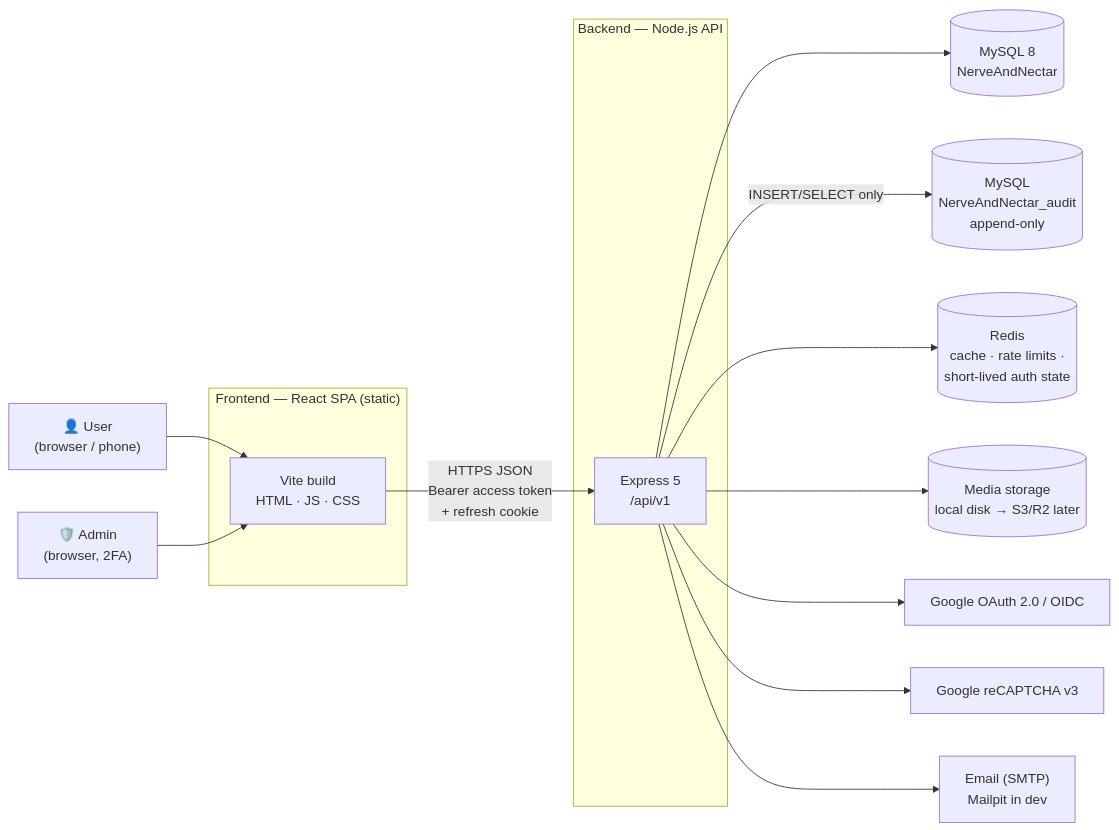
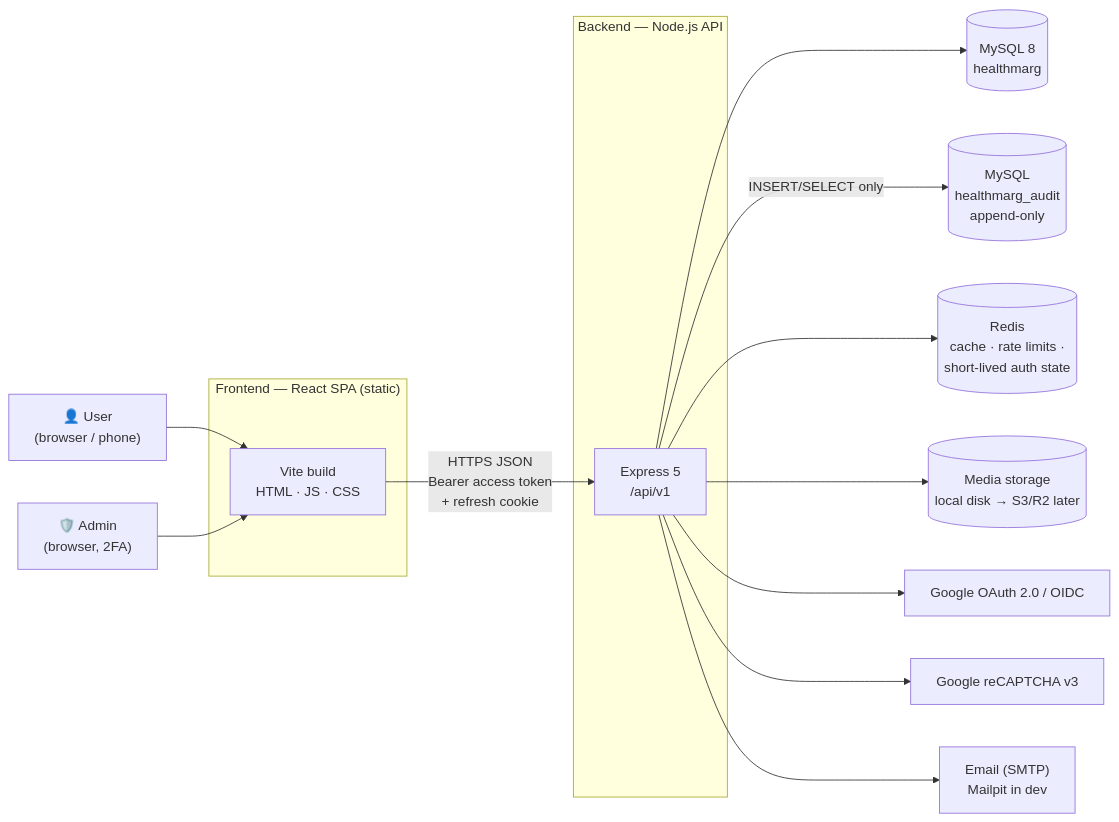
Before and after one commit to Suryansh2602/YogicBlogs: the first of 10 diagrams in docs/architecture.md, drawn with Mermaid. The commit also changed other lines of this file and 29 other files, not shown here.

````diff
--- a/docs/architecture.md
+++ b/docs/architecture.md
@@ -26,33 +26,33 @@
 ```mermaid
 flowchart LR
     U["👤 User<br/>(browser / phone)"]
     A["🛡️ Admin<br/>(browser, 2FA)"]
 
     subgraph Client["Frontend — React SPA (static)"]
       FE["Vite build<br/>HTML · JS · CSS"]
     end
 
     subgraph Server["Backend — Node.js API"]
       API["Express 5<br/>/api/v1"]
     end
 
-    DB[("MySQL 8<br/>NerveAndNectar")]
-    AUD[("MySQL<br/>NerveAndNectar_audit<br/>append-only")]
+    DB[("MySQL 8<br/>healthmarg")]
+    AUD[("MySQL<br/>healthmarg_audit<br/>append-only")]
     R[("Redis<br/>cache · rate limits ·<br/>short-lived auth state")]
     FS[("Media storage<br/>local disk → S3/R2 later")]
 
     G["Google OAuth 2.0 / OIDC"]
     RC["Google reCAPTCHA v3"]
     M["Email (SMTP)<br/>Mailpit in dev"]
 
     U --> FE
     A --> FE
     FE -- "HTTPS JSON<br/>Bearer access token<br/>+ refresh cookie" --> API
     API --> DB
     API -- "INSERT/SELECT only" --> AUD
     API --> R
     API --> FS
     API --> G
     API --> RC
     API --> M
 ```
````
